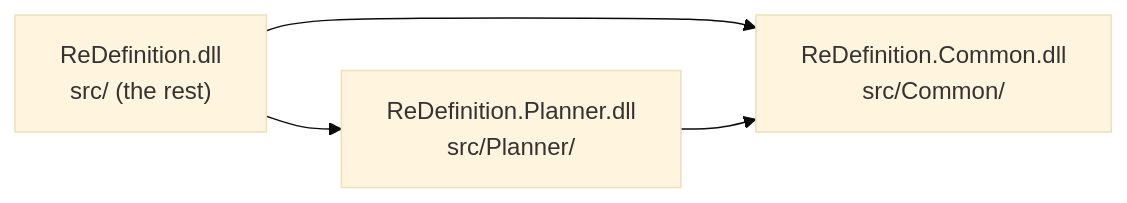
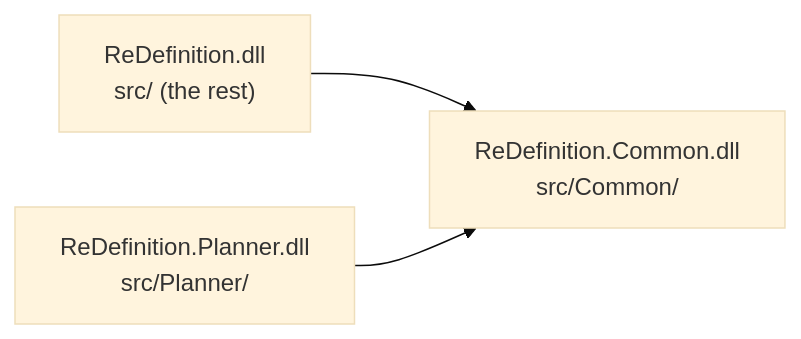
The second of 3 diagrams in docs/development/architecture.md (CaptainKeyboard/ReDefinition), drawn with Mermaid (base theme) before and after one commit. The commit also changed other lines of this file and 8 other files, not shown here.

First line of the commit message:
docs: ReDefinition and the planner need neither the other, and the pages say how they meet

````diff
--- a/docs/development/architecture.md
+++ b/docs/development/architecture.md
@@ -79,6 +79,5 @@
 ```mermaid
 flowchart LR
-    main["ReDefinition.dll<br/>src/ (the rest)"] --> planner["ReDefinition.Planner.dll<br/>src/Planner/"]
-    main --> common["ReDefinition.Common.dll<br/>src/Common/"]
-    planner --> common
+    main["ReDefinition.dll<br/>src/ (the rest)"] --> common["ReDefinition.Common.dll<br/>src/Common/"]
+    planner["ReDefinition.Planner.dll<br/>src/Planner/"] --> common
 ```
````
